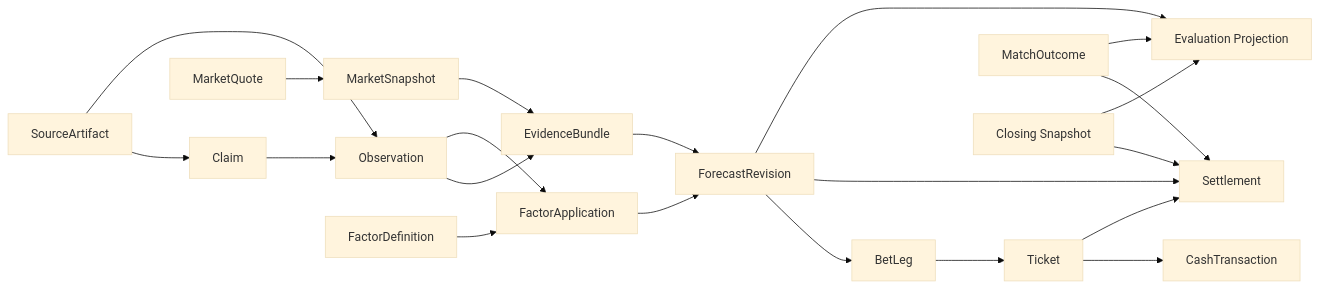
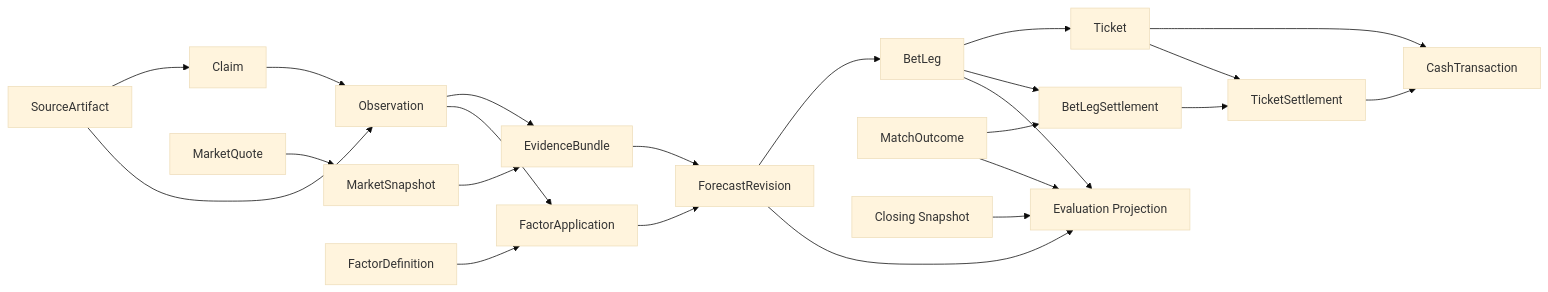
One commit to Jerenus/Nutmeg changed the second of 2 diagrams in docs/superpowers/specs/2026-07-20-ontology-kernel-v2-design.md. Above: the diagram before and after it, drawn with Mermaid (base theme). The commit also changed other lines of this file, not shown here.

````diff
--- a/docs/superpowers/specs/2026-07-20-ontology-kernel-v2-design.md
+++ b/docs/superpowers/specs/2026-07-20-ontology-kernel-v2-design.md
@@ -588,23 +596,25 @@
 ```mermaid
 flowchart LR
     A[SourceArtifact] --> C[Claim]
     A --> O[Observation]
     C --> O
     Q[MarketQuote] --> MS[MarketSnapshot]
     O --> EB[EvidenceBundle]
     MS --> EB
     EB --> FR[ForecastRevision]
     FD[FactorDefinition] --> FA[FactorApplication]
     O --> FA
     FA --> FR
     FR --> BL[BetLeg]
     BL --> T[Ticket]
     T --> TX[CashTransaction]
-    MO[MatchOutcome] --> ST[Settlement]
-    T --> ST
-    FR --> ST
-    MS2[Closing Snapshot] --> ST
+    MO[MatchOutcome] --> BLS[BetLegSettlement]
+    BL --> BLS
+    BLS --> TS[TicketSettlement]
+    T --> TS
+    TS --> TX
     FR --> EV[Evaluation Projection]
+    BL --> EV
     MO --> EV
-    MS2 --> EV
+    MS2[Closing Snapshot] --> EV
 ```
````
